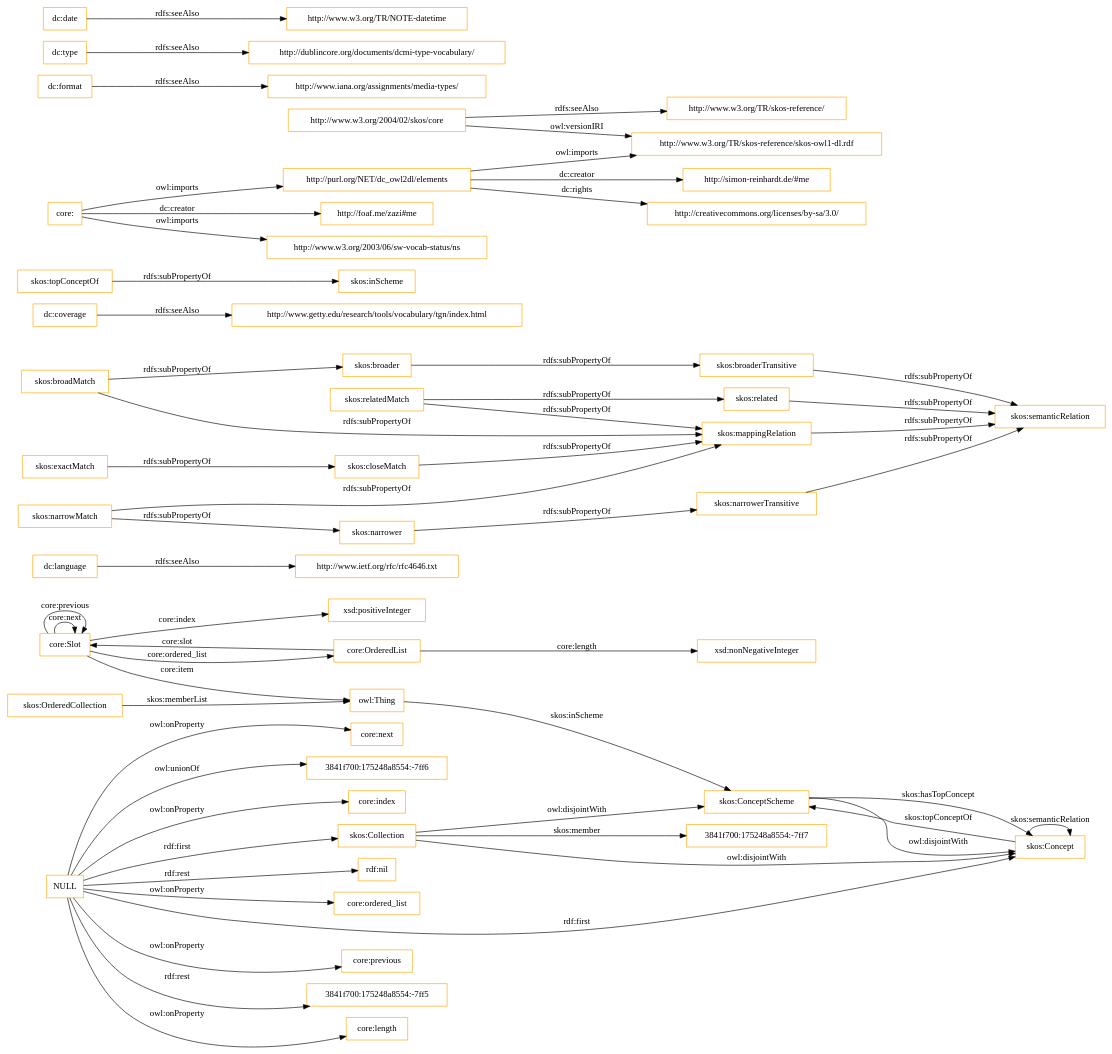
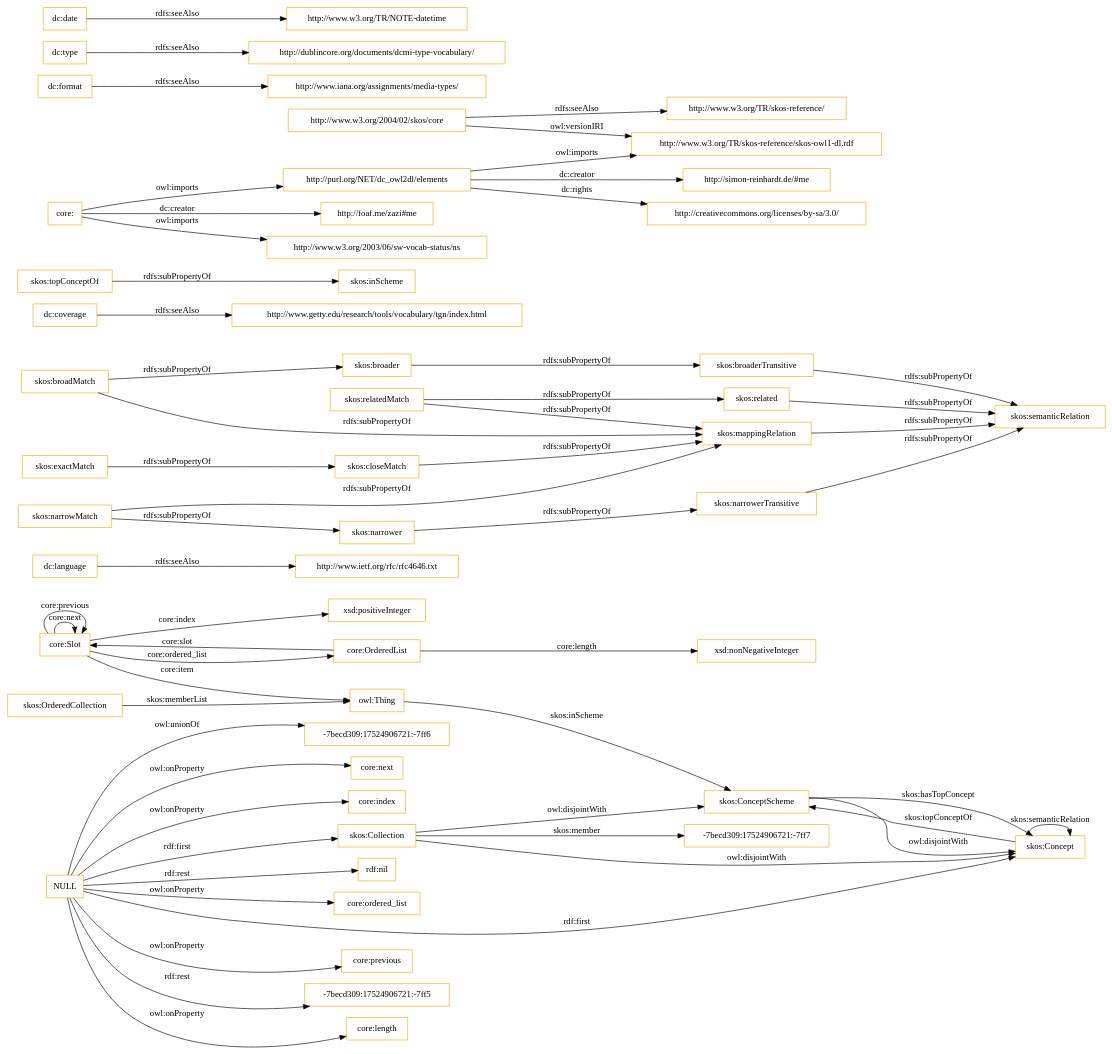
One commit to OnToologyUser/core-ontology-1 changed the diagram in OnToology/imports/core.owl/diagrams/ar2dtool-class/core.owl.png.dot. Above: the diagram before and after it, drawn with Graphviz. The commit also changed 14 other files, not shown here.

```diff
--- a/OnToology/imports/core.owl/diagrams/ar2dtool-class/core.owl.png.dot
+++ b/OnToology/imports/core.owl/diagrams/ar2dtool-class/core.owl.png.dot
@@ -1,60 +1,60 @@
 digraph ar2dtool_diagram { 
 rankdir=LR;
 size="1501"
-node [shape = rectangle, color="orange"]; "core:Slot" "core:OrderedList" "3841f700:175248a8554:-7ff7" "skos:OrderedCollection" "skos:Collection" "skos:ConceptScheme" "skos:Concept" ; /*classes style*/
+node [shape = rectangle, color="orange"]; "core:Slot" "core:OrderedList" "-7becd309:17524906721:-7ff7" "skos:OrderedCollection" "skos:Collection" "skos:ConceptScheme" "skos:Concept" ; /*classes style*/
 	"dc:language" -> "http://www.ietf.org/rfc/rfc4646.txt" [ label = "rdfs:seeAlso" ];
 	"NULL" -> "core:previous" [ label = "owl:onProperty" ];
-	"NULL" -> "3841f700:175248a8554:-7ff5" [ label = "rdf:rest" ];
+	"NULL" -> "-7becd309:17524906721:-7ff5" [ label = "rdf:rest" ];
 	"NULL" -> "core:length" [ label = "owl:onProperty" ];
+	"NULL" -> "-7becd309:17524906721:-7ff6" [ label = "owl:unionOf" ];
 	"NULL" -> "skos:Concept" [ label = "rdf:first" ];
 	"NULL" -> "core:next" [ label = "owl:onProperty" ];
-	"NULL" -> "3841f700:175248a8554:-7ff6" [ label = "owl:unionOf" ];
 	"NULL" -> "core:index" [ label = "owl:onProperty" ];
 	"NULL" -> "rdf:nil" [ label = "rdf:rest" ];
 	"NULL" -> "core:ordered_list" [ label = "owl:onProperty" ];
 	"NULL" -> "skos:Collection" [ label = "rdf:first" ];
 	"skos:closeMatch" -> "skos:mappingRelation" [ label = "rdfs:subPropertyOf" ];
 	"dc:coverage" -> "http://www.getty.edu/research/tools/vocabulary/tgn/index.html" [ label = "rdfs:seeAlso" ];
 	"skos:relatedMatch" -> "skos:related" [ label = "rdfs:subPropertyOf" ];
 	"skos:relatedMatch" -> "skos:mappingRelation" [ label = "rdfs:subPropertyOf" ];
 	"skos:ConceptScheme" -> "skos:Concept" [ label = "owl:disjointWith" ];
 	"skos:related" -> "skos:semanticRelation" [ label = "rdfs:subPropertyOf" ];
 	"skos:topConceptOf" -> "skos:inScheme" [ label = "rdfs:subPropertyOf" ];
 	"skos:broadMatch" -> "skos:broader" [ label = "rdfs:subPropertyOf" ];
 	"skos:broadMatch" -> "skos:mappingRelation" [ label = "rdfs:subPropertyOf" ];
 	"http://purl.org/NET/dc_owl2dl/elements" -> "http://www.w3.org/TR/skos-reference/skos-owl1-dl.rdf" [ label = "owl:imports" ];
 	"http://purl.org/NET/dc_owl2dl/elements" -> "http://creativecommons.org/licenses/by-sa/3.0/" [ label = "dc:rights" ];
 	"http://purl.org/NET/dc_owl2dl/elements" -> "http://simon-reinhardt.de/#me" [ label = "dc:creator" ];
 	"skos:exactMatch" -> "skos:closeMatch" [ label = "rdfs:subPropertyOf" ];
 	"dc:format" -> "http://www.iana.org/assignments/media-types/" [ label = "rdfs:seeAlso" ];
 	"core:" -> "http://foaf.me/zazi#me" [ label = "dc:creator" ];
 	"core:" -> "http://www.w3.org/2003/06/sw-vocab-status/ns" [ label = "owl:imports" ];
 	"core:" -> "http://purl.org/NET/dc_owl2dl/elements" [ label = "owl:imports" ];
 	"skos:broaderTransitive" -> "skos:semanticRelation" [ label = "rdfs:subPropertyOf" ];
 	"skos:mappingRelation" -> "skos:semanticRelation" [ label = "rdfs:subPropertyOf" ];
 	"skos:broader" -> "skos:broaderTransitive" [ label = "rdfs:subPropertyOf" ];
 	"dc:type" -> "http://dublincore.org/documents/dcmi-type-vocabulary/" [ label = "rdfs:seeAlso" ];
 	"http://www.w3.org/2004/02/skos/core" -> "http://www.w3.org/TR/skos-reference/skos-owl1-dl.rdf" [ label = "owl:versionIRI" ];
 	"http://www.w3.org/2004/02/skos/core" -> "http://www.w3.org/TR/skos-reference/" [ label = "rdfs:seeAlso" ];
 	"skos:Collection" -> "skos:ConceptScheme" [ label = "owl:disjointWith" ];
 	"skos:Collection" -> "skos:Concept" [ label = "owl:disjointWith" ];
 	"skos:narrowMatch" -> "skos:narrower" [ label = "rdfs:subPropertyOf" ];
 	"skos:narrowMatch" -> "skos:mappingRelation" [ label = "rdfs:subPropertyOf" ];
 	"skos:narrower" -> "skos:narrowerTransitive" [ label = "rdfs:subPropertyOf" ];
 	"dc:date" -> "http://www.w3.org/TR/NOTE-datetime" [ label = "rdfs:seeAlso" ];
 	"skos:narrowerTransitive" -> "skos:semanticRelation" [ label = "rdfs:subPropertyOf" ];
 	"core:Slot" -> "xsd:positiveInteger" [ label = "core:index" ];
 	"skos:Concept" -> "skos:ConceptScheme" [ label = "skos:topConceptOf" ];
 	"core:Slot" -> "owl:Thing" [ label = "core:item" ];
 	"core:OrderedList" -> "xsd:nonNegativeInteger" [ label = "core:length" ];
 	"core:OrderedList" -> "core:Slot" [ label = "core:slot" ];
-	"skos:Collection" -> "3841f700:175248a8554:-7ff7" [ label = "skos:member" ];
+	"skos:Collection" -> "-7becd309:17524906721:-7ff7" [ label = "skos:member" ];
 	"core:Slot" -> "core:Slot" [ label = "core:next" ];
 	"skos:ConceptScheme" -> "skos:Concept" [ label = "skos:hasTopConcept" ];
 	"owl:Thing" -> "skos:ConceptScheme" [ label = "skos:inScheme" ];
 	"core:Slot" -> "core:Slot" [ label = "core:previous" ];
 	"skos:OrderedCollection" -> "owl:Thing" [ label = "skos:memberList" ];
 	"skos:Concept" -> "skos:Concept" [ label = "skos:semanticRelation" ];
 	"core:Slot" -> "core:OrderedList" [ label = "core:ordered_list" ];
 
 }
```
